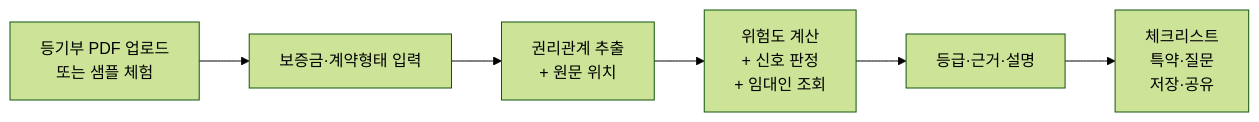
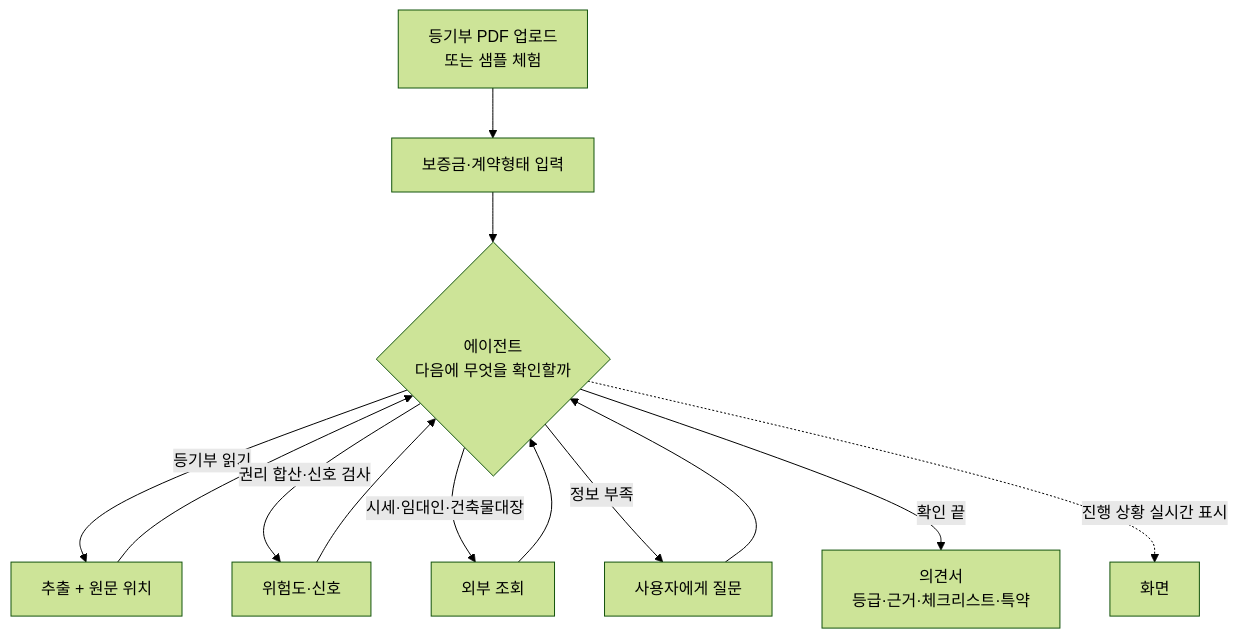
One commit to HoyoungParkme/deposit-guard changed the diagram in docs/specs/01-RFQ/JSD-RFQ-001.md. Above: the diagram before and after it, drawn with Mermaid (forest theme). The commit also changed other lines of this file, not shown here.

First line of the commit message:
에이전트 요구 Q31~Q36 추가, 의뢰인 경험(2026-06 LH 전세계약) 반영

````diff
--- a/docs/specs/01-RFQ/JSD-RFQ-001.md
+++ b/docs/specs/01-RFQ/JSD-RFQ-001.md
@@ -215,8 +254,15 @@
 ```mermaid
-flowchart LR
+flowchart TD
     A[등기부 PDF 업로드<br/>또는 샘플 체험] --> B[보증금·계약형태 입력]
-    B --> C[권리관계 추출<br/>+ 원문 위치]
-    C --> D[위험도 계산<br/>+ 신호 판정<br/>+ 임대인 조회]
-    D --> E[등급·근거·설명]
-    E --> F[체크리스트<br/>특약·질문<br/>저장·공유]
+    B --> C{에이전트<br/>다음에 무엇을 확인할까}
+    C -->|등기부 읽기| T1[추출 + 원문 위치]
+    C -->|권리 합산·신호 검사| T2[위험도·신호]
+    C -->|시세·임대인·건축물대장| T3[외부 조회]
+    C -->|정보 부족| T4[사용자에게 질문]
+    T1 --> C
+    T2 --> C
+    T3 --> C
+    T4 --> C
+    C -->|확인 끝| D[의견서<br/>등급·근거·체크리스트·특약]
+    C -.진행 상황 실시간 표시.-> V[화면]
 ```
````
